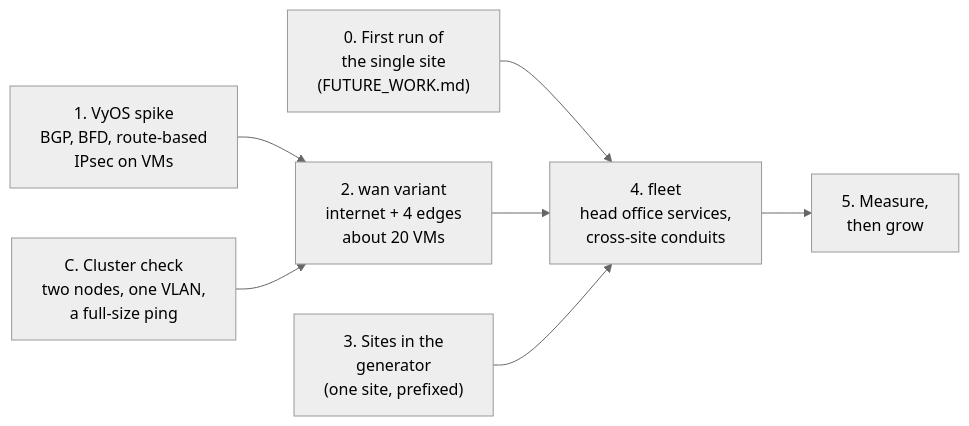
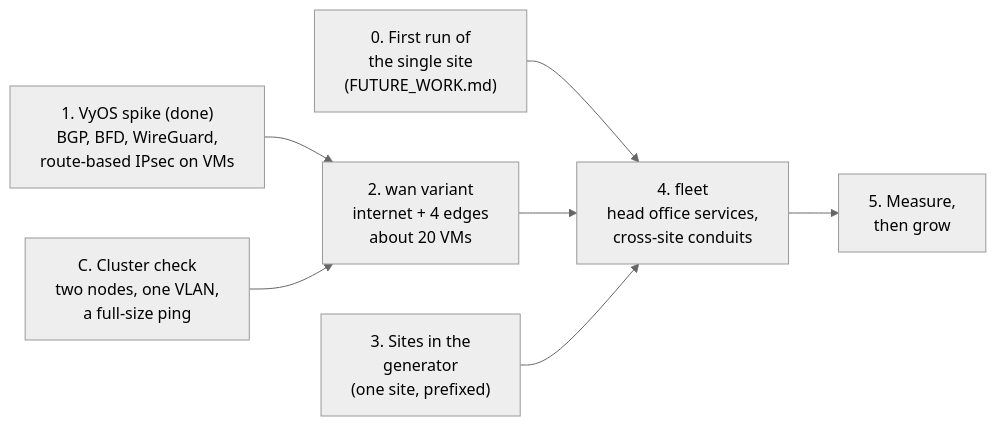
Before and after one commit to GhostofGoes/brew: the ninth of 9 diagrams in docs/multisite/PLANS.md, drawn with Mermaid (neutral theme). The commit also changed other lines of this file and 15 other files, not shown here.

First line of the commit message:
docs(cherrymountain): record the wan-bgp spike on VyOS routers and what it changes in the fleet plans

````diff
--- a/docs/multisite/PLANS.md
+++ b/docs/multisite/PLANS.md
@@ -887,16 +979,16 @@
 ```mermaid
 flowchart LR
   S0["0. First run of<br/>the single site<br/>(FUTURE_WORK.md)"]
-  S1["1. VyOS spike<br/>BGP, BFD, route-based<br/>IPsec on VMs"]
+  S1["1. VyOS spike (done)<br/>BGP, BFD, WireGuard,<br/>route-based IPsec on VMs"]
   S2["2. wan variant<br/>internet + 4 edges<br/>about 20 VMs"]
   S3["3. Sites in the<br/>generator<br/>(one site, prefixed)"]
   SC["C. Cluster check<br/>two nodes, one VLAN,<br/>a full-size ping"]
   S4["4. fleet<br/>head office services,<br/>cross-site conduits"]
   S5["5. Measure,<br/>then grow"]
   S1 --> S2
   SC --> S2
   S0 --> S4
   S2 --> S4
   S3 --> S4
   S4 --> S5
 ```
````
